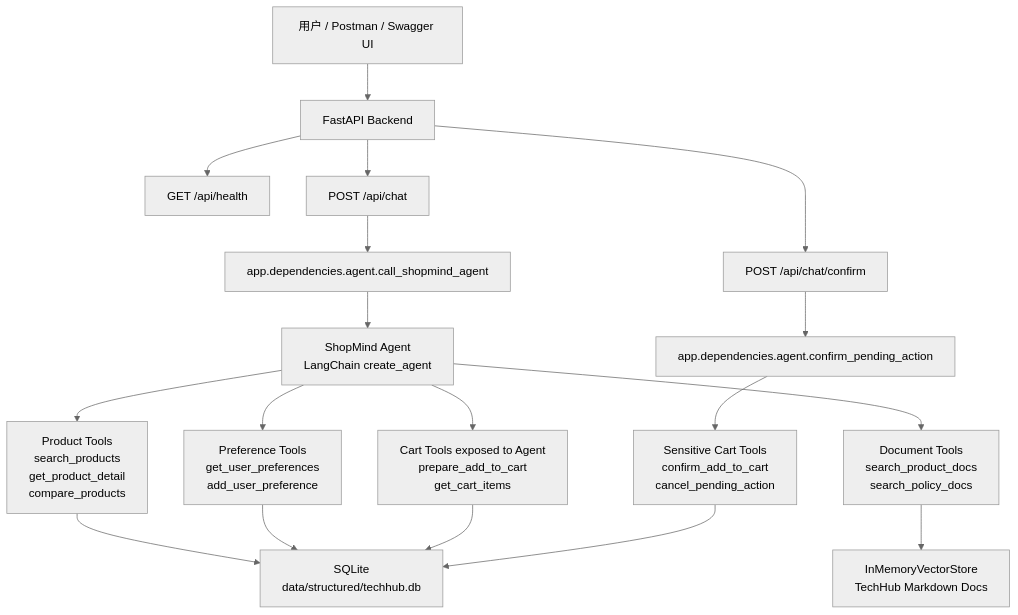
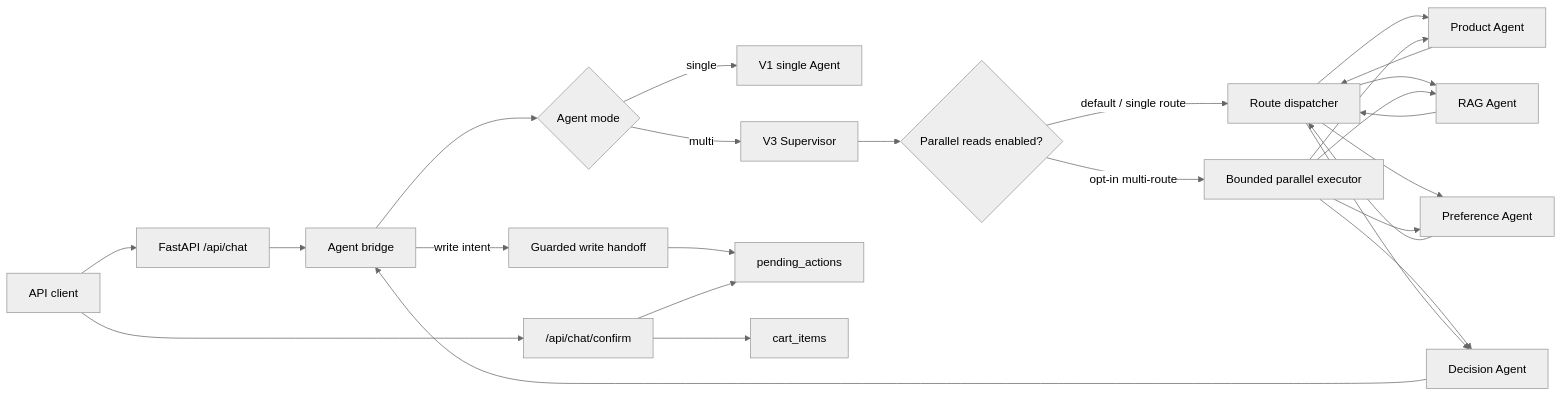
One commit to JoniFf777/retailpilot changed the first of 3 diagrams in docs/architecture.md. Above: the diagram before and after it, drawn with Mermaid (neutral theme). The commit also changed other lines of this file and 184 other files, not shown here.

Commit message:
Complete ShopMind V4-V6 runtime reference

````diff
--- a/docs/architecture.md
+++ b/docs/architecture.md
@@ -16,24 +18,28 @@
 ```mermaid
-flowchart TD
-    U["用户 / Postman / Swagger UI"] --> API["FastAPI Backend"]
-    API --> Health["GET /api/health"]
-    API --> Chat["POST /api/chat"]
-    API --> Confirm["POST /api/chat/confirm"]
-
-    Chat --> AgentDep["app.dependencies.agent.call_shopmind_agent"]
-    AgentDep --> Agent["ShopMind Agent<br/>LangChain create_agent"]
-
-    Agent --> ProductTools["Product Tools<br/>search_products<br/>get_product_detail<br/>compare_products"]
-    Agent --> DocTools["Document Tools<br/>search_product_docs<br/>search_policy_docs"]
-    Agent --> PrefTools["Preference Tools<br/>get_user_preferences<br/>add_user_preference"]
-    Agent --> CartPrepare["Cart Tools exposed to Agent<br/>prepare_add_to_cart<br/>get_cart_items"]
-
-    ProductTools --> SQLite["SQLite<br/>data/structured/techhub.db"]
-    PrefTools --> SQLite
-    CartPrepare --> SQLite
-    DocTools --> VectorStore["InMemoryVectorStore<br/>TechHub Markdown Docs"]
-
-    Confirm --> ConfirmDep["app.dependencies.agent.confirm_pending_action"]
-    ConfirmDep --> SensitiveCart["Sensitive Cart Tools<br/>confirm_add_to_cart<br/>cancel_pending_action"]
-    SensitiveCart --> SQLite
+flowchart LR
+    Client["API client"] --> API["FastAPI /api/chat"]
+    API --> Bridge["Agent bridge"]
+    Bridge --> Mode{"Agent mode"}
+    Mode -->|single| Single["V1 single Agent"]
+    Mode -->|multi| Supervisor["V3 Supervisor"]
+    Supervisor --> Gate{"Parallel reads enabled?"}
+    Gate -->|default / single route| Dispatcher["Route dispatcher"]
+    Gate -->|opt-in multi-route| Parallel["Bounded parallel executor"]
+    Dispatcher --> Product["Product Agent"]
+    Dispatcher --> RAG["RAG Agent"]
+    Dispatcher --> Preference["Preference Agent"]
+    Parallel --> Product
+    Parallel --> RAG
+    Parallel --> Preference
+    Parallel --> Decision["Decision Agent"]
+    Product --> Dispatcher
+    RAG --> Dispatcher
+    Preference --> Dispatcher
+    Dispatcher --> Decision["Decision Agent"]
+    Decision --> Bridge
+    Bridge -->|write intent| Handoff["Guarded write handoff"]
+    Handoff --> Pending["pending_actions"]
+    Client --> Confirm["/api/chat/confirm"]
+    Confirm --> Pending
+    Confirm --> Cart["cart_items"]
 ```
````
